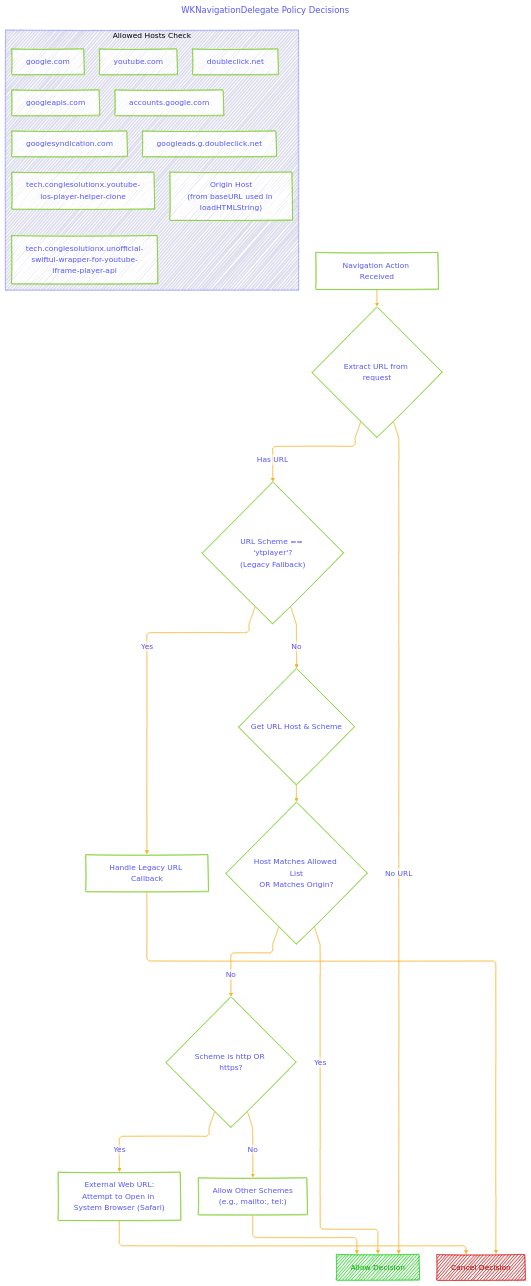
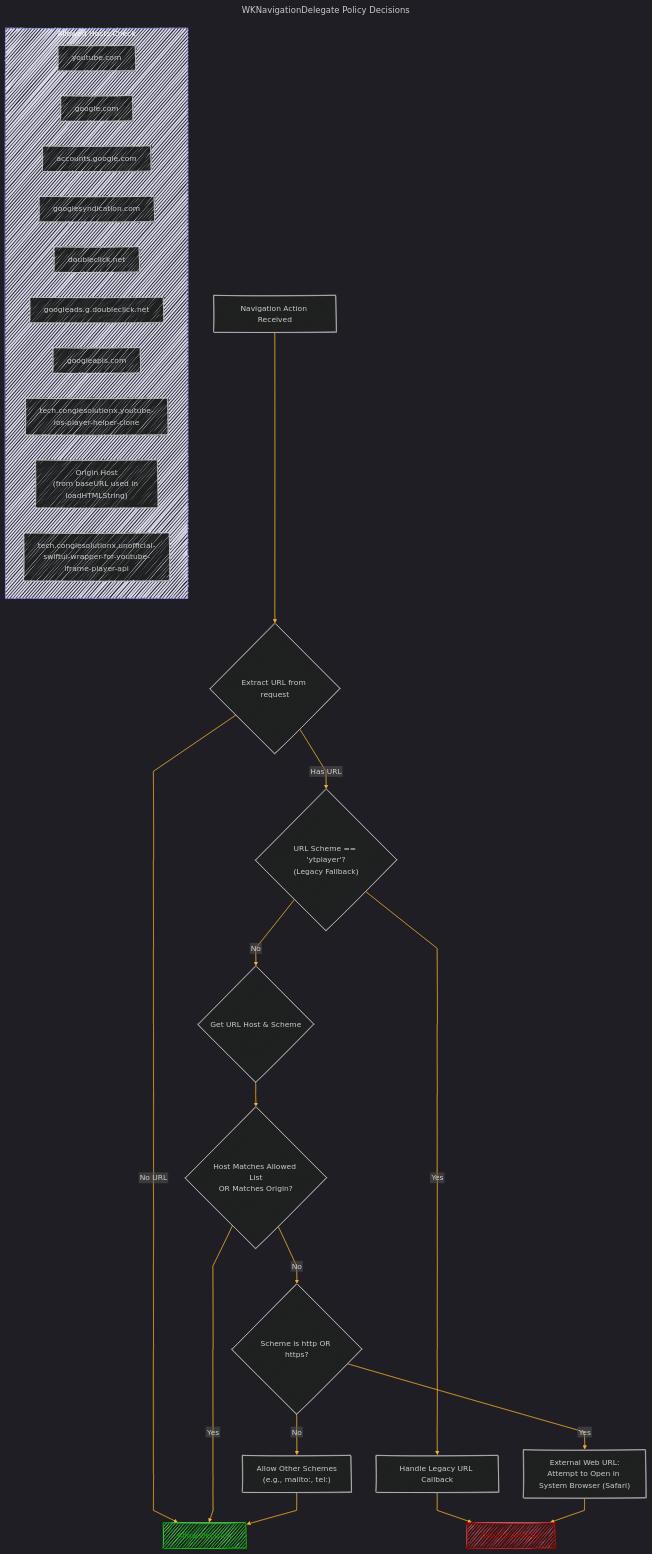
Before and after one commit to CongLeSolutionX/Unofficial-SwiftUI-Wrapper-for-YouTube-IFrame-Player-API: the sixth of 8 diagrams in README.md, drawn with Mermaid. The commit also changed other lines of this file, not shown here.

````diff
--- a/README.md
+++ b/README.md
@@ -535,63 +535,62 @@
 ```mermaid
 ---
 title: "WKNavigationDelegate Policy Decisions"
 author: "Cong Le"
 version: "1.0"
 license(s): "Apache License 2.0, CC BY 4.0" # CORRECTED License
 copyright: "Copyright (c) 2025 Cong Le. All Rights Reserved."
 config:
-  layout: elk
   look: handDrawn
-  theme: base
+  theme: dark
 ---
 %%%%%%%% Mermaid version v11.4.1-b.14
 %%%%%%%% Toggle theme value to `base` to activate the initilization below for the customized theme version.
 %%%%%%%% Available curve styles include the following keywords:
 %% basis, bumpX, bumpY, cardinal, catmullRom, linear, monotoneX, monotoneY, natural, step, stepAfter, stepBefore.
 %%{
   init: {
     'flowchart': { 'htmlLabels': false, 'curve': 'linear' },
     'fontFamily': 'Monospace',
     'themeVariables': {
       'primaryColor': '#ffff',
       'primaryTextColor': '#55ff',
       'primaryBorderColor': '#7c2',
       'lineColor': '#F8B229',
       'tertiaryColor': '#fff'
     }
   }
 }%%
 flowchart TD
     A[Navigation Action Received] --> B{Extract URL from request};
     B -- No URL --> C[Allow Decision]:::allow;
     B -- Has URL --> D{"URL Scheme == 'ytplayer'?<br>(Legacy Fallback)"};
     D -- Yes --> E[Handle Legacy URL Callback];
     E --> F[Cancel Decision]:::cancel;
     D -- No --> G{"Get URL Host & Scheme"};
     G --> H{"Host Matches Allowed List<br>OR Matches Origin?"};
     H -- Yes --> C;
     H -- No --> I{"Scheme is http OR https?"};
     I -- Yes --> J["External Web URL:<br>Attempt to Open in System Browser (Safari)"];
     J --> F;
     I -- No --> K["Allow Other Schemes<br>(e.g., mailto:, tel:)"];
     K --> C;
 
     subgraph Allowed_Hosts_Check [Allowed Hosts Check]
         style Allowed_Hosts_Check fill:#dde,stroke:#99f,stroke-width:1px
         direction LR
         L[youtube.com]
         M[google.com]
         N[accounts.google.com]
         O[googlesyndication.com]
         P[doubleclick.net]
         Q[googleads.g.doubleclick.net]
         R[googleapis.com]
         CongLeSolutionX["tech.conglesolutionx.youtube-ios-player-helper-clone"]
         S["Origin Host<br>(from baseURL used in loadHTMLString)"]
         CongLe["tech.conglesolutionx.unofficial-swiftui-wrapper-for-youtube-iframe-player-api"]
     end
 
     classDef cancel fill:#ffff,stroke:#c00,stroke-width:1px,color:#a00
     classDef allow fill:#ffff,stroke:#0c0,stroke-width:1px,color:#0a0
 
 ```
````
